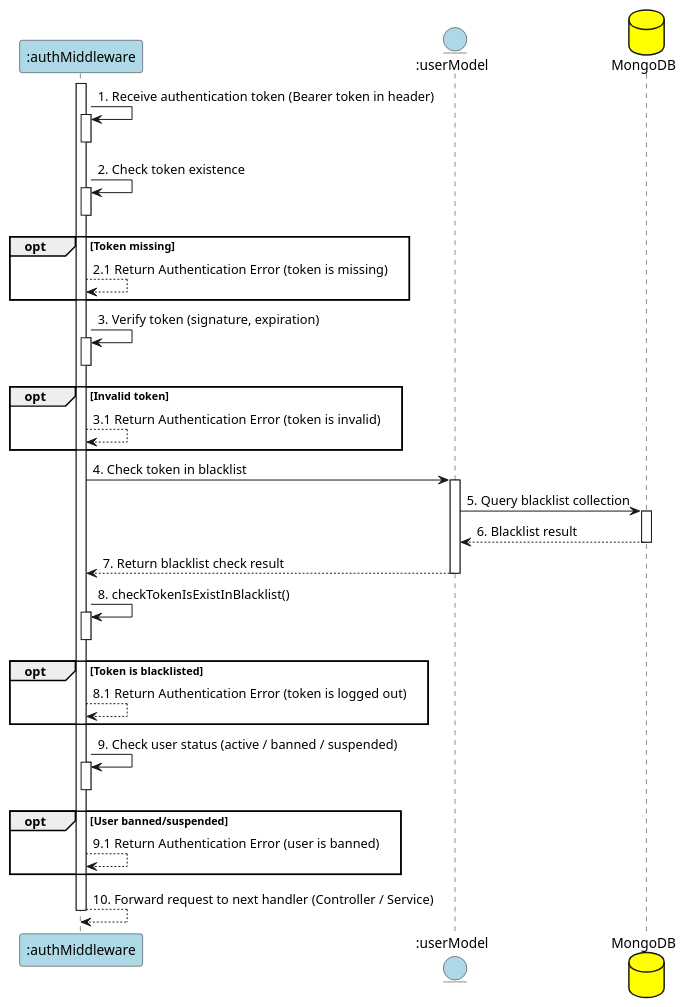
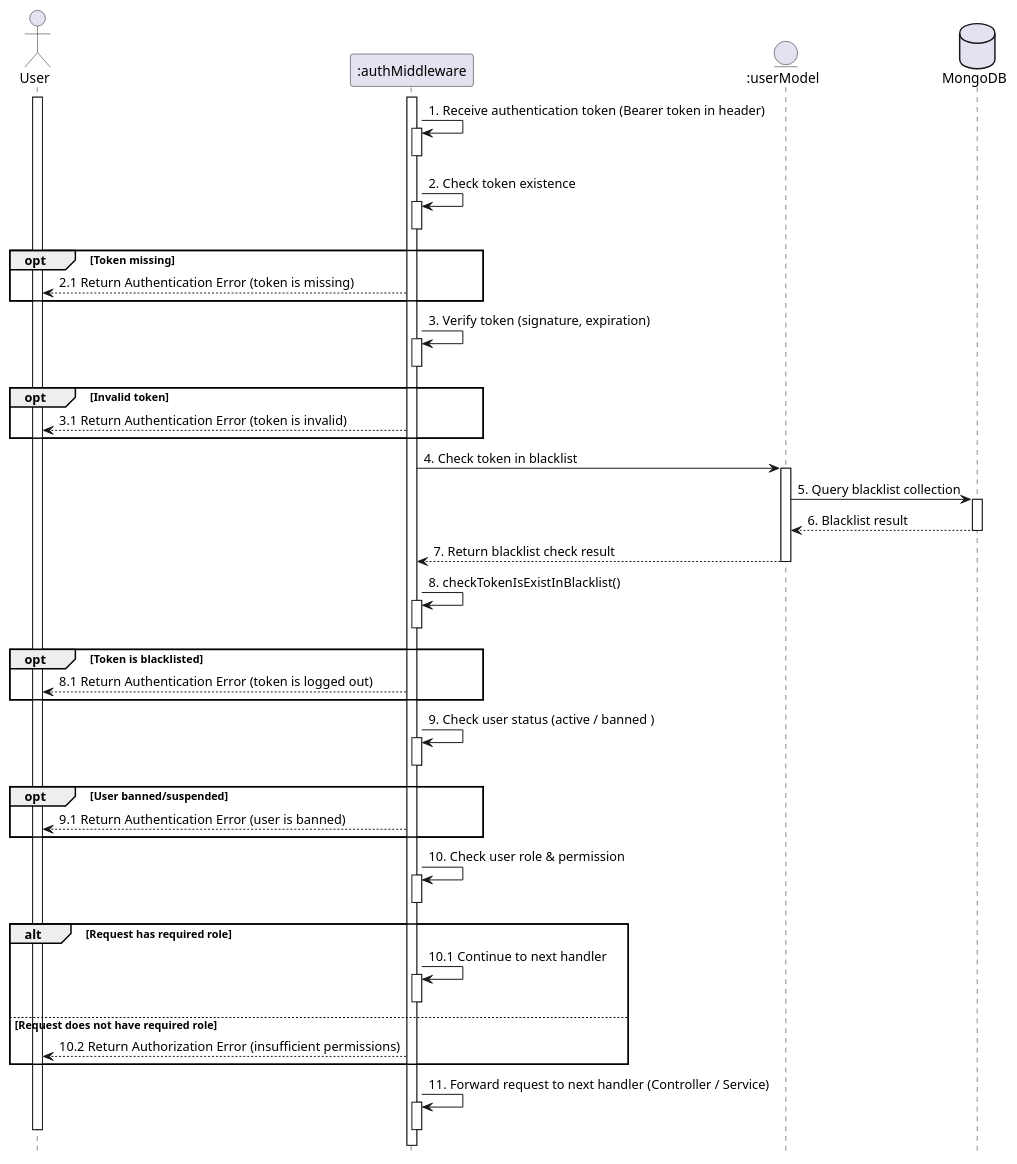
The diagram in planuml/Authentication.puml (VietDurian/VietDurian), drawn with PlantUML before and after one commit. The commit also changed 24 other files, not shown here.

Commit message:
ViVLT: Edit sequence and add check role flow for authentication sub sequence

```diff
--- a/planuml/Authentication.puml
+++ b/planuml/Authentication.puml
@@ -1,53 +1,69 @@
 @startuml AuthenticationMiddleware
 
-participant ":authMiddleware" as M #lightblue
-entity ":userModel" as Model #lightblue
-database "MongoDB" as DB #yellow
+actor User 
+participant ":authMiddleware" as M 
+entity ":userModel" as Model 
+database "MongoDB" as DB 
+hide footbox
 
+activate User
 activate M
 M -> M: 1. Receive authentication token (Bearer token in header)
 activate M
 deactivate M
 
 M -> M: 2. Check token existence
 activate M
 deactivate M
 opt Token missing
-    M --> M: 2.1 Return Authentication Error (token is missing)
+    M --> User: 2.1 Return Authentication Error (token is missing)
 end
 
 M -> M: 3. Verify token (signature, expiration)
 activate M
 deactivate M
 opt Invalid token
-    M --> M: 3.1 Return Authentication Error (token is invalid)
+    M --> User: 3.1 Return Authentication Error (token is invalid)
 end
 
 M -> Model: 4. Check token in blacklist
 activate Model
 Model -> DB: 5. Query blacklist collection
 activate DB
 DB --> Model: 6. Blacklist result
 deactivate DB
 Model --> M: 7. Return blacklist check result
 deactivate Model
 
 M -> M: 8. checkTokenIsExistInBlacklist()
 activate M
 deactivate M
 opt Token is blacklisted
-    M --> M: 8.1 Return Authentication Error (token is logged out)
+    M --> User: 8.1 Return Authentication Error (token is logged out)
 end
 
-M -> M: 9. Check user status (active / banned / suspended)
+M -> M: 9. Check user status (active / banned )
 activate M
 deactivate M
 opt User banned/suspended
-    M --> M: 9.1 Return Authentication Error (user is banned)
+    M --> User: 9.1 Return Authentication Error (user is banned)
 end
 
-M --> M: 10. Forward request to next handler (Controller / Service)
+M -> M: 10. Check user role & permission
+activate M
 deactivate M
+alt Request has required role
+    M -> M: 10.1 Continue to next handler
+    activate M
+deactivate M
+else Request does not have required role
+    M --> User: 10.2 Return Authorization Error (insufficient permissions)
+end
+
+M -> M: 11. Forward request to next handler (Controller / Service)
+activate M
+deactivate M
+deactivate User
 
 
 @enduml
```
